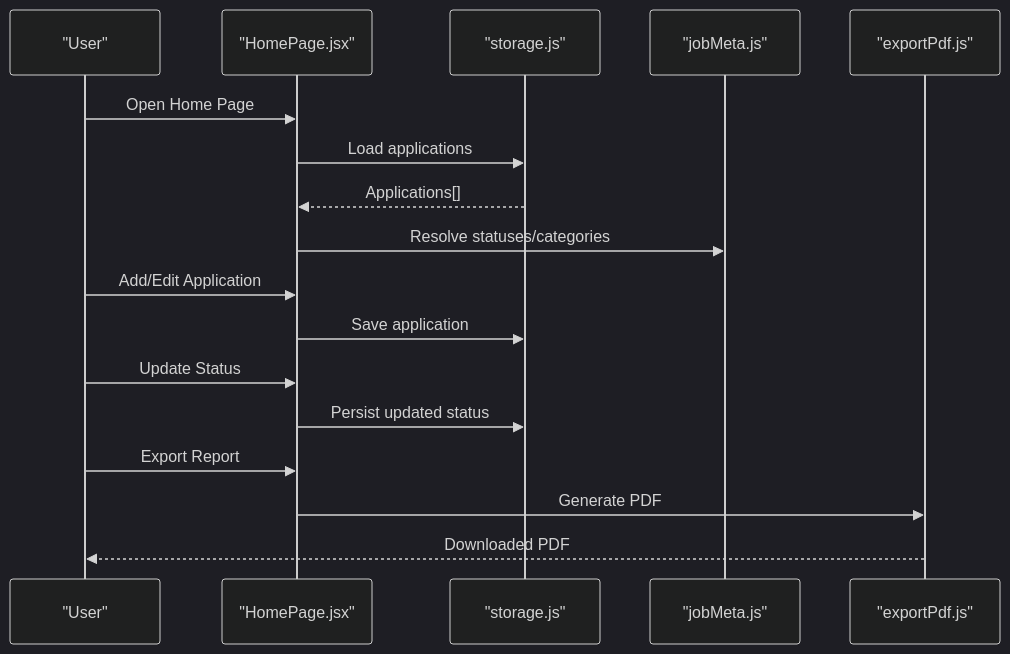
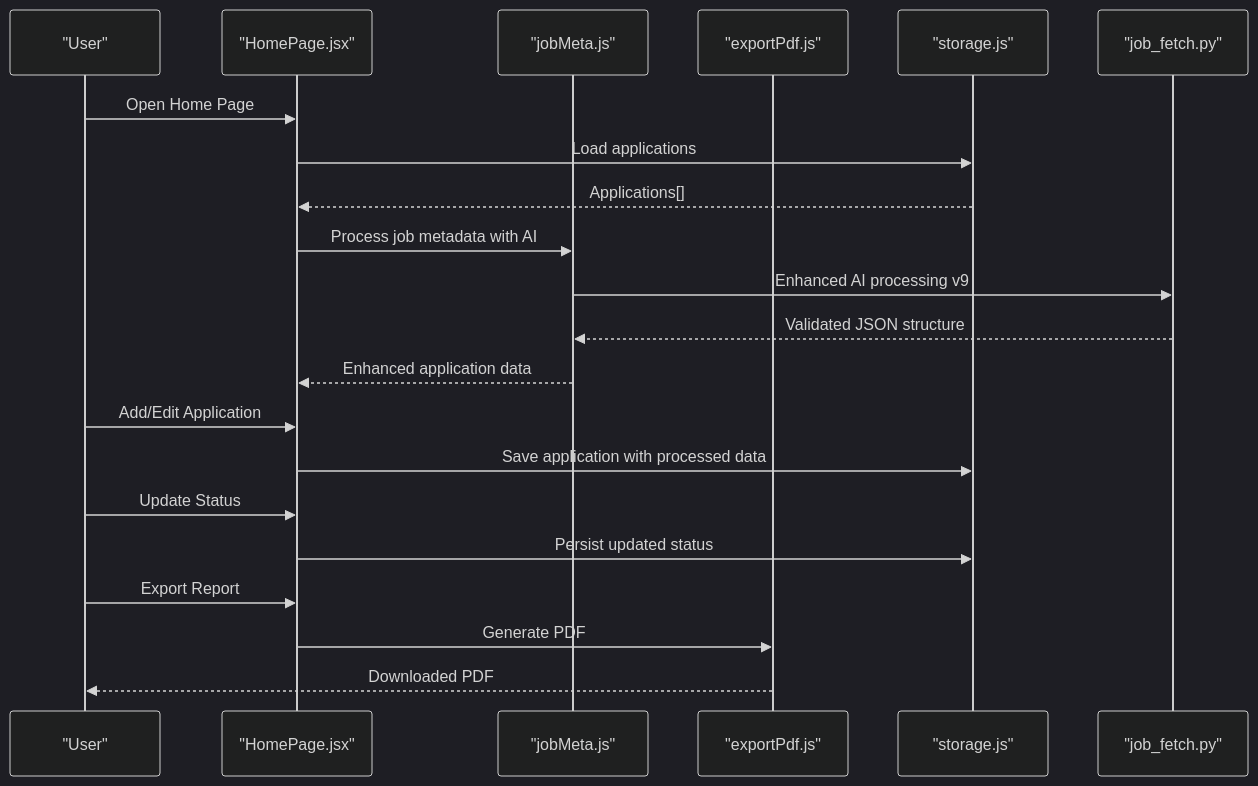
Before and after one commit to zmyeo54/briefroom: the third of 12 diagrams in .qoder/repowiki/en/content/Core Features/Job Application Management.md, drawn with Mermaid (dark theme). The commit also changed other lines of this file and 42 other files, not shown here.

First line of the commit message:
feat(job-application): enhance job metadata extraction and processing capabilities

````diff
--- a/.qoder/repowiki/en/content/Core Features/Job Application Management.md
+++ b/.qoder/repowiki/en/content/Core Features/Job Application Management.md
@@ -174,19 +210,23 @@
 ```mermaid
 sequenceDiagram
 participant U as "User"
 participant HP as "HomePage.jsx"
-participant ST as "storage.js"
 participant JM as "jobMeta.js"
 participant EP as "exportPdf.js"
+participant ST as "storage.js"
+participant JP as "job_fetch.py"
 U->>HP : Open Home Page
 HP->>ST : Load applications
 ST-->>HP : Applications[]
-HP->>JM : Resolve statuses/categories
+HP->>JM : Process job metadata with AI
+JM->>JP : Enhanced AI processing v9
+JP-->>JM : Validated JSON structure
+JM-->>HP : Enhanced application data
 U->>HP : Add/Edit Application
-HP->>ST : Save application
+HP->>ST : Save application with processed data
 U->>HP : Update Status
 HP->>ST : Persist updated status
 U->>HP : Export Report
 HP->>EP : Generate PDF
 EP-->>U : Downloaded PDF
 ```
````
